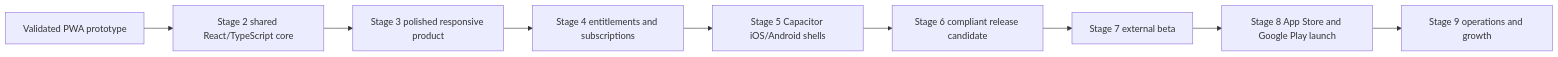
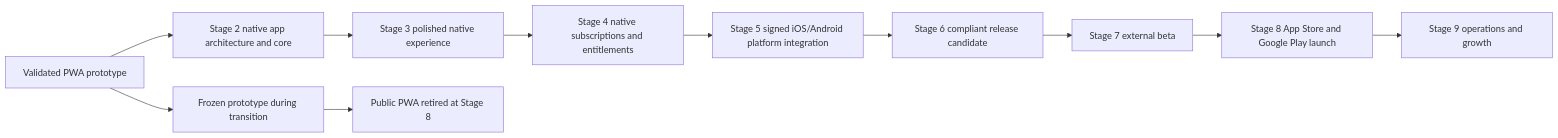
One commit to aizquier97-hub/Project-Bookmarkt changed the second of 3 diagrams in docs/PRODUCT_ROADMAP.md. Above: the diagram before and after it, drawn with Mermaid. The commit also changed other lines of this file and 9 other files, not shown here.

Commit message:
Align roadmap with native app launch

````diff
--- a/docs/PRODUCT_ROADMAP.md
+++ b/docs/PRODUCT_ROADMAP.md
@@ -107,11 +129,13 @@
 ```mermaid
 flowchart LR
-    A[Validated PWA prototype] --> B[Stage 2 shared React/TypeScript core]
-    B --> C[Stage 3 polished responsive product]
-    C --> D[Stage 4 entitlements and subscriptions]
-    D --> E[Stage 5 Capacitor iOS/Android shells]
+    A[Validated PWA prototype] --> B[Stage 2 native app architecture and core]
+    B --> C[Stage 3 polished native experience]
+    C --> D[Stage 4 native subscriptions and entitlements]
+    D --> E[Stage 5 signed iOS/Android platform integration]
     E --> F[Stage 6 compliant release candidate]
     F --> G[Stage 7 external beta]
     G --> H[Stage 8 App Store and Google Play launch]
     H --> I[Stage 9 operations and growth]
+    A --> J[Frozen prototype during transition]
+    J --> K[Public PWA retired at Stage 8]
 ```
````
